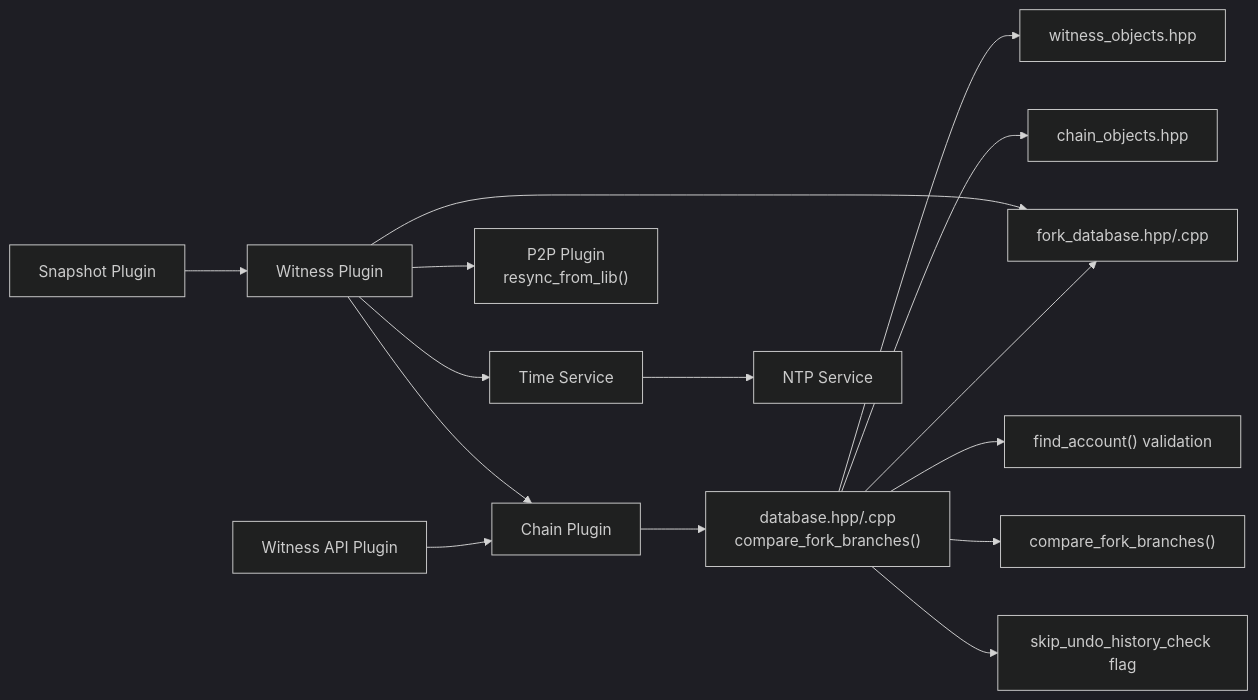
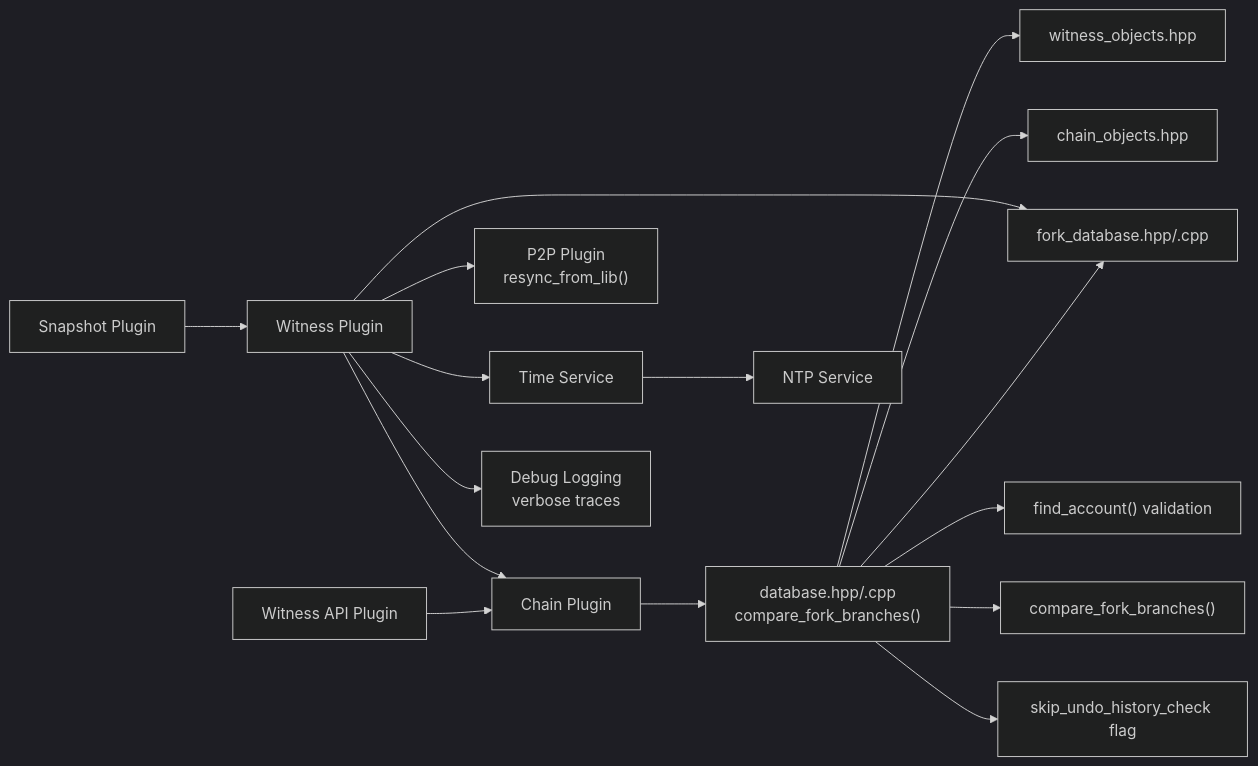
One commit to VIZ-Blockchain/viz-cpp-node changed the eighth of 8 diagrams in .qoder/repowiki/en/content/Witness.md. Above: the diagram before and after it, drawn with Mermaid (dark theme). The commit also changed other lines of this file and 7 other files, not shown here.

````diff
--- a/.qoder/repowiki/en/content/Witness.md
+++ b/.qoder/repowiki/en/content/Witness.md
@@ -795,17 +841,18 @@
 ```mermaid
 graph LR
 WITNESS["Witness Plugin"] --> CHAIN["Chain Plugin"]
 WITNESS --> P2P["P2P Plugin<br/>resync_from_lib()"]
 WITNESS --> TIME["Time Service"]
 WITNESS --> FORK_DB["Fork Database<br/>enhanced with stale pruning"]
+WITNESS --> DEBUG_LOG["Debug Logging<br/>verbose traces"]
 WAPI["Witness API Plugin"] --> CHAIN
 SNAPSHOT["Snapshot Plugin"] --> WITNESS
 CHAIN --> DB["database.hpp/.cpp<br/>compare_fork_branches()"]
 DB --> WITNESS_OBJ["witness_objects.hpp"]
 DB --> BPV_OBJ["chain_objects.hpp"]
 DB --> FORK_DB["fork_database.hpp/.cpp"]
 DB --> FIND_ACCOUNT["find_account() validation"]
 DB --> COMPARE_FORK["compare_fork_branches()"]
 DB --> SKIP_UNDO["skip_undo_history_check flag"]
 TIME --> NTP["NTP Service"]
 ```
````
